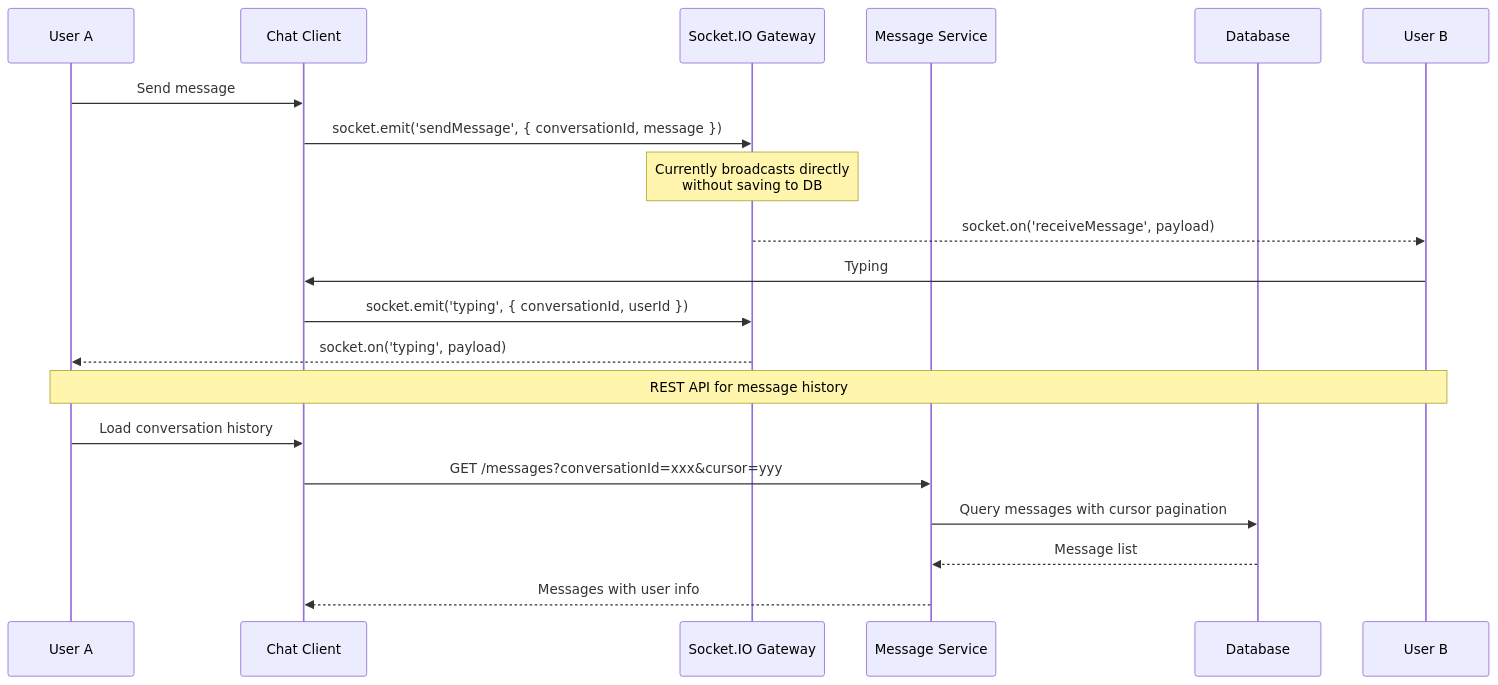
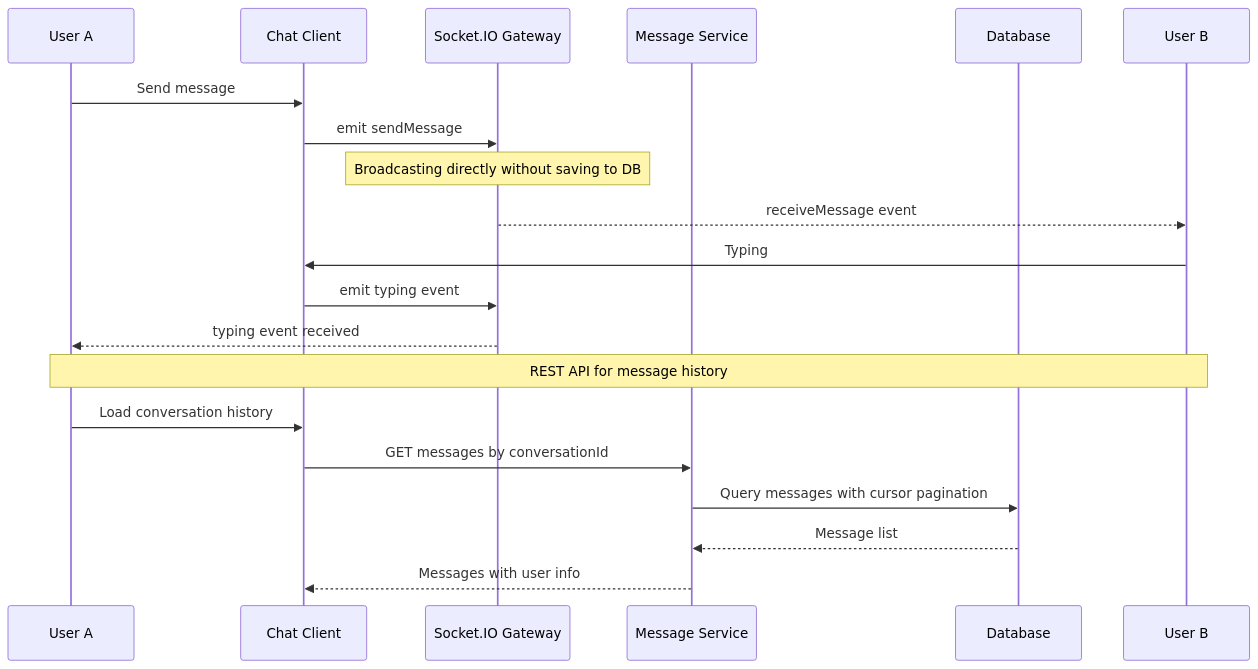
The eighth of 15 diagrams in README.md (LeNguyenTatThang/Halogram), drawn with Mermaid before and after one commit. The commit also changed other lines of this file, not shown here.

First line of the commit message:
fix: repair all Mermaid diagrams for GitHub render compatibility

````diff
--- a/README.md
+++ b/README.md
@@ -614,25 +618,25 @@
 ```mermaid
 sequenceDiagram
     participant A as User A
     participant C as Chat Client
     participant WS as Socket.IO Gateway
     participant SVC as Message Service
     participant DB as Database
     participant B as User B
 
     A->>C: Send message
-    C->>WS: socket.emit('sendMessage', { conversationId, message })
-    Note over WS: Currently broadcasts directly<br/>without saving to DB
-    WS-->>B: socket.on('receiveMessage', payload)
+    C->>WS: emit sendMessage
+    Note over WS: Broadcasting directly without saving to DB
+    WS-->>B: receiveMessage event
 
     B->>C: Typing
-    C->>WS: socket.emit('typing', { conversationId, userId })
-    WS-->>A: socket.on('typing', payload)
+    C->>WS: emit typing event
+    WS-->>A: typing event received
 
     Note over A,B: REST API for message history
     A->>C: Load conversation history
-    C->>SVC: GET /messages?conversationId=xxx&cursor=yyy
+    C->>SVC: GET messages by conversationId
     SVC->>DB: Query messages with cursor pagination
     DB-->>SVC: Message list
     SVC-->>C: Messages with user info
 ```
````
